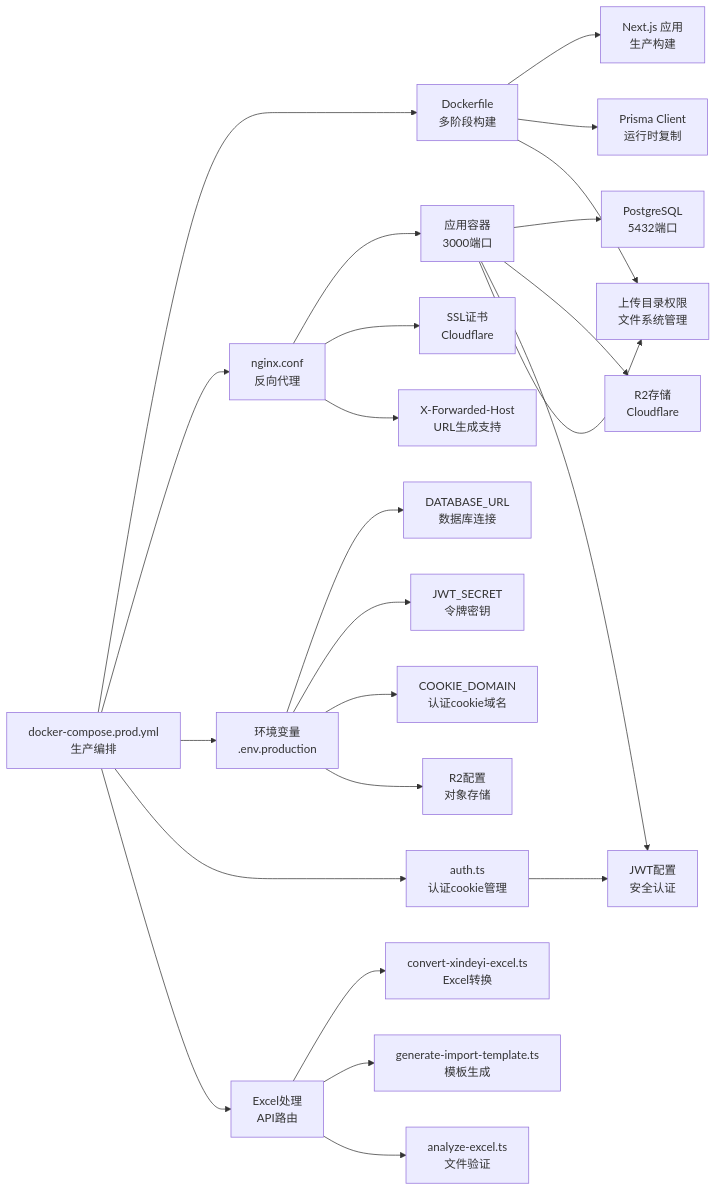
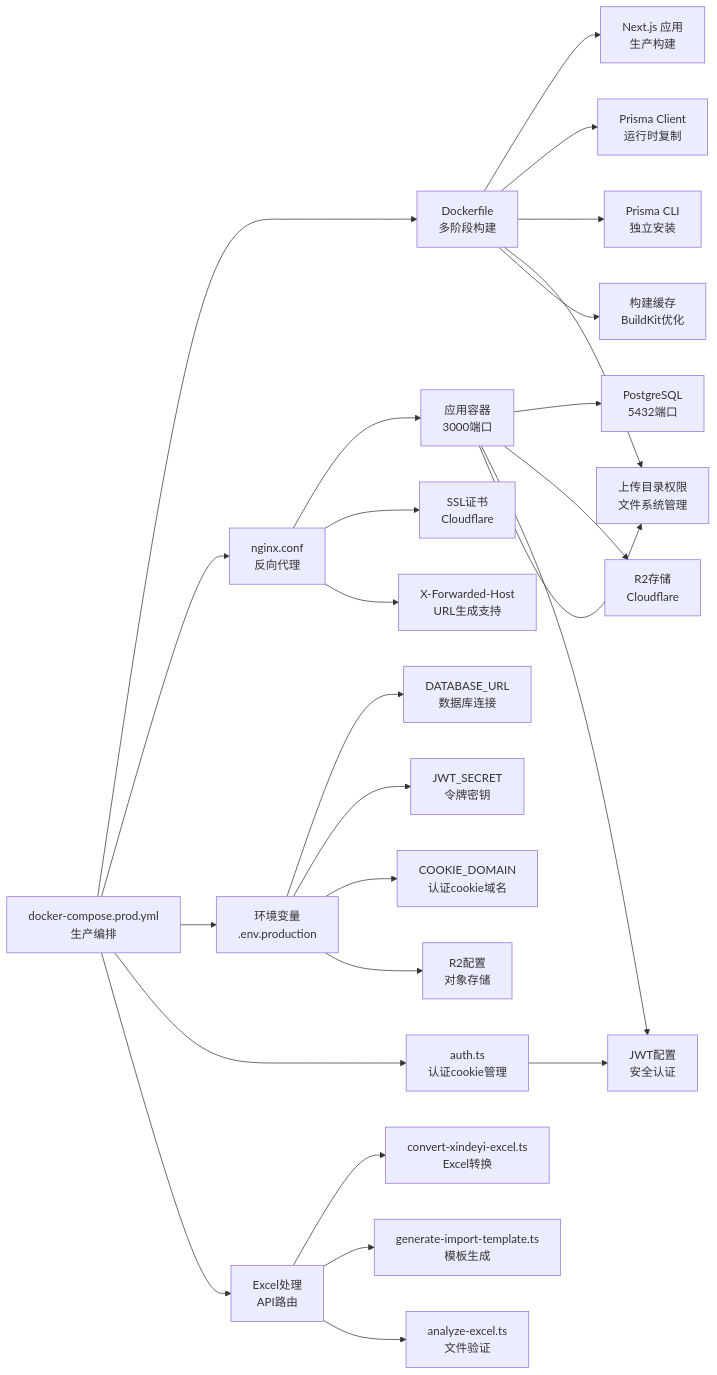
One commit to three3638-arch/celestia_2b changed the third of 3 diagrams in .qoder/repowiki/zh/content/部署配置/部署配置.md. Above: the diagram before and after it, drawn with Mermaid. The commit also changed other lines of this file and 8 other files, not shown here.

````diff
--- a/.qoder/repowiki/zh/content/部署配置/部署配置.md
+++ b/.qoder/repowiki/zh/content/部署配置/部署配置.md
@@ -625,26 +699,28 @@
 ```mermaid
 graph LR
 DCP["docker-compose.prod.yml<br/>生产编排"] --> DFILE["Dockerfile<br/>多阶段构建"]
 DCP --> NGINXCFG["nginx.conf<br/>反向代理"]
 DCP --> ENV["环境变量<br/>.env.production"]
 DCP --> AUTH["auth.ts<br/>认证cookie管理"]
 DCP --> EXCEL["Excel处理<br/>API路由"]
 EXCEL --> CONVERT["convert-xindeyi-excel.ts<br/>Excel转换"]
 EXCEL --> TEMPLATE["generate-import-template.ts<br/>模板生成"]
 EXCEL --> ANALYZE["analyze-excel.ts<br/>文件验证"]
 AUTH --> JWT["jwt-config.ts<br/>JWT配置"]
 DFILE --> NEXT["Next.js 应用<br/>生产构建"]
 DFILE --> PRISMA["Prisma Client<br/>运行时复制"]
+DFILE --> PRISMACLI["Prisma CLI<br/>独立安装"]
 DFILE --> UPLOADPERM["上传目录权限<br/>文件系统管理"]
+DFILE --> BUILDCACHE["构建缓存<br/>BuildKit优化"]
 NGINXCFG --> APP["应用容器<br/>3000端口"]
 NGINXCFG --> SSL["SSL证书<br/>Cloudflare"]
 NGINXCFG --> XFORWARDEDHOST["X-Forwarded-Host<br/>URL生成支持"]
 APP --> DB["PostgreSQL<br/>5432端口"]
 APP --> R2["R2存储<br/>Cloudflare"]
 APP --> JWT["JWT配置<br/>安全认证"]
 APP --> UPLOADPERM
 ENV --> DBURL["DATABASE_URL<br/>数据库连接"]
 ENV --> JWTSECRET["JWT_SECRET<br/>令牌密钥"]
 ENV --> COOKIEDOMAIN["COOKIE_DOMAIN<br/>认证cookie域名"]
 ENV --> R2CONFIG["R2配置<br/>对象存储"]
 ```
````
